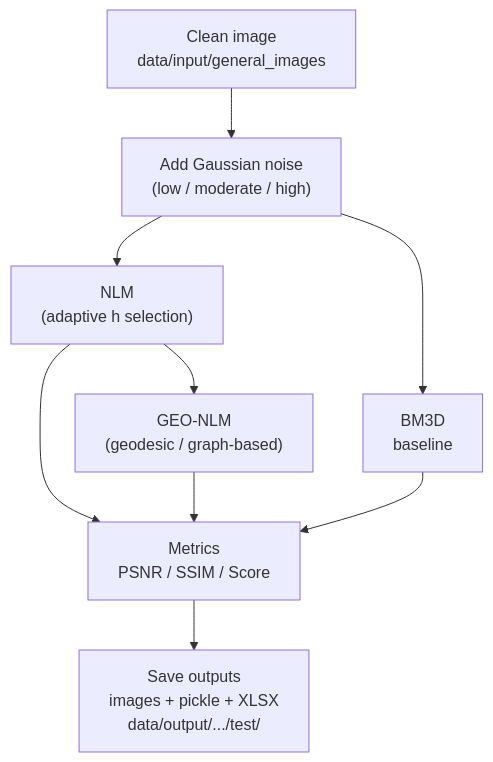
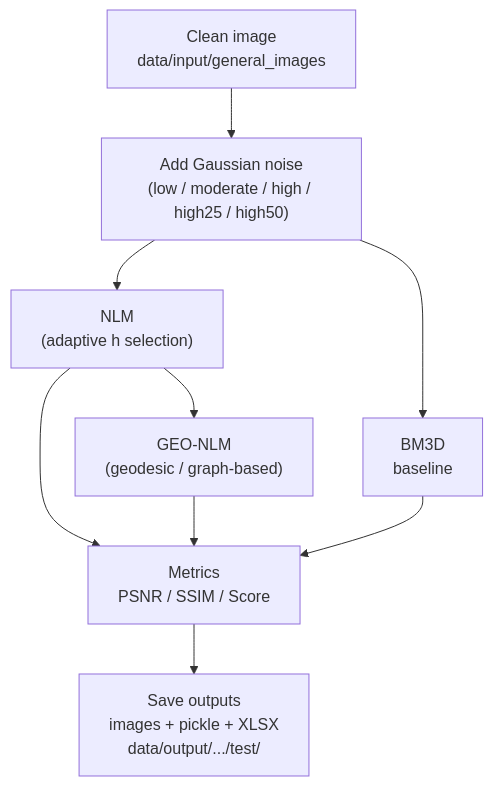
The diagram in README.md (AdrianoCarvalh0/GaussianNoisyFilterGeoNLM), drawn with Mermaid before and after one commit. The commit also changed other lines of this file and 12 other files, not shown here.

````diff
--- a/README.md
+++ b/README.md
@@ -154,27 +191,27 @@
 ```mermaid
 graph TD
 
     A["Clean image
 data/input/general_images"] --> B["Add Gaussian noise
-(low / moderate / high)"]
+(low / moderate / high / high25 / high50)"]
 
     B --> C["NLM
 (adaptive h selection)"]
 
     C --> D["GEO-NLM
 (geodesic / graph-based)"]
 
     B --> E["BM3D
 baseline"]
 
     C --> F["Metrics
 PSNR / SSIM / Score"]
 
     D --> F
     E --> F
 
     F --> G["Save outputs
 images + pickle + XLSX
 data/output/.../test/"]
 
 ```
````
